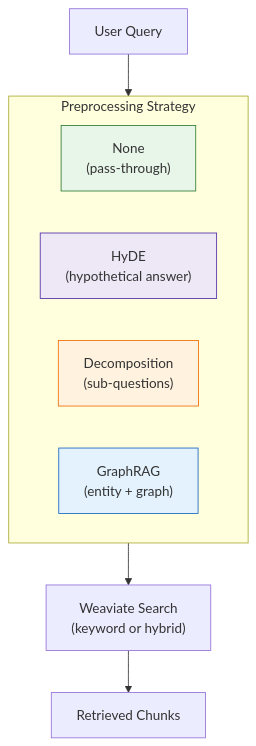
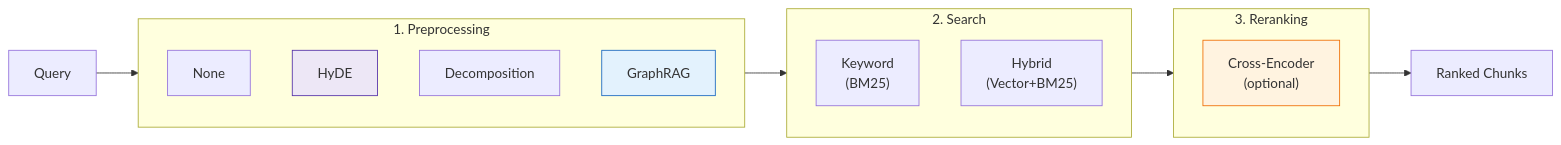
Before and after one commit to crlsrmrlsz/rag1-mini: the diagram in docs/preprocessing/README.md, drawn with Mermaid. The commit also changed other lines of this file and 1 other file, not shown here.

First line of the commit message:
docs(preprocessing): add cross-encoder reranking documentation

````diff
--- a/docs/preprocessing/README.md
+++ b/docs/preprocessing/README.md
@@ -9,20 +9,24 @@
 ```mermaid
-flowchart TB
-    Q["User Query"] --> PREPROCESS
-
-    subgraph PREPROCESS["Preprocessing Strategy"]
-        direction LR
-        NONE["None<br/>(pass-through)"]
-        HYDE["HyDE<br/>(hypothetical answer)"]
-        DECOMP["Decomposition<br/>(sub-questions)"]
-        GRAPH["GraphRAG<br/>(entity + graph)"]
+flowchart LR
+    subgraph PRE["1. Preprocessing"]
+        NONE["None"]
+        HYDE["HyDE"]
+        DECOMP["Decomposition"]
+        GRAPH["GraphRAG"]
     end
 
-    PREPROCESS --> SEARCH["Weaviate Search<br/>(keyword or hybrid)"]
-    SEARCH --> CHUNKS["Retrieved Chunks"]
+    subgraph SEARCH["2. Search"]
+        KW["Keyword<br/>(BM25)"]
+        HYB["Hybrid<br/>(Vector+BM25)"]
+    end
 
-    style NONE fill:#e8f5e9,stroke:#2e7d32
+    subgraph POST["3. Reranking"]
+        RERANK["Cross-Encoder<br/>(optional)"]
+    end
+
+    Q["Query"] --> PRE --> SEARCH --> POST --> OUT["Ranked Chunks"]
+
     style HYDE fill:#ede7f6,stroke:#512da8
-    style DECOMP fill:#fff3e0,stroke:#ef6c00
     style GRAPH fill:#e3f2fd,stroke:#1565c0
+    style RERANK fill:#fff3e0,stroke:#ef6c00
 ```
````
